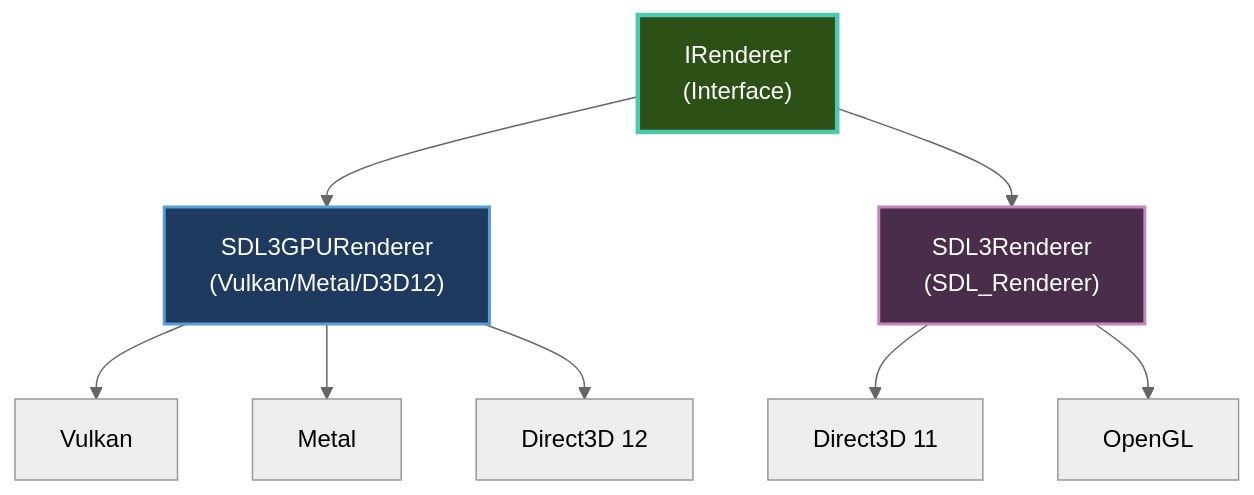
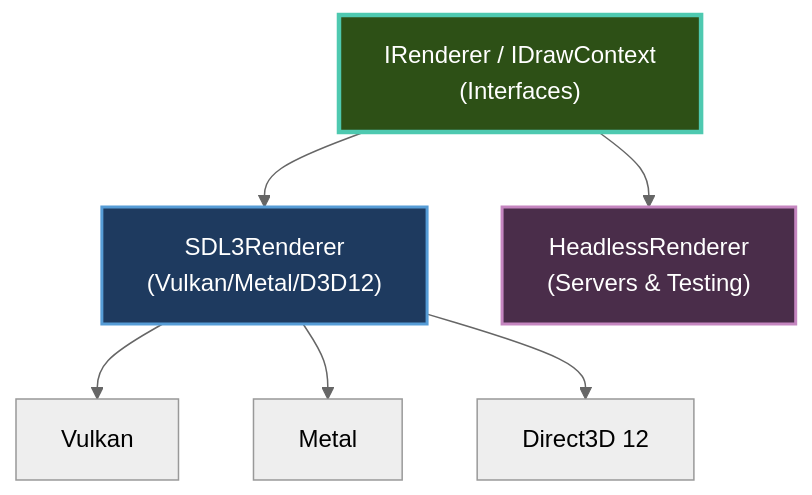
The first of 2 diagrams in docs/rendering/index.md (CrazyPickleStudios/Brine2D-Documentation), drawn with Mermaid (neutral theme) before and after one commit. The commit also changed other lines of this file and 35 other files, not shown here.

````diff
--- a/docs/rendering/index.md
+++ b/docs/rendering/index.md
@@ -84,21 +84,18 @@
 ```mermaid
 graph TB
-    IRenderer["IRenderer<br/>(Interface)"]
-    
-    GPU["SDL3GPURenderer<br/>(Vulkan/Metal/D3D12)"]
-    Legacy["SDL3Renderer<br/>(SDL_Renderer)"]
-    
+    IRenderer["IRenderer / IDrawContext<br/>(Interfaces)"]
+
+    GPU["SDL3Renderer<br/>(Vulkan/Metal/D3D12)"]
+    Headless["HeadlessRenderer<br/>(Servers & Testing)"]
+
     IRenderer --> GPU
-    IRenderer --> Legacy
-    
+    IRenderer --> Headless
+
     GPU --> Vulkan["Vulkan"]
     GPU --> Metal["Metal"]
     GPU --> D3D12["Direct3D 12"]
-    
-    Legacy --> D3D11["Direct3D 11"]
-    Legacy --> OpenGL["OpenGL"]
-    
+
     style IRenderer fill:#2d5016,stroke:#4ec9b0,stroke-width:3px,color:#fff
     style GPU fill:#1e3a5f,stroke:#569cd6,stroke-width:2px,color:#fff
-    style Legacy fill:#4a2d4a,stroke:#c586c0,stroke-width:2px,color:#fff
+    style Headless fill:#4a2d4a,stroke:#c586c0,stroke-width:2px,color:#fff
 ```
````
